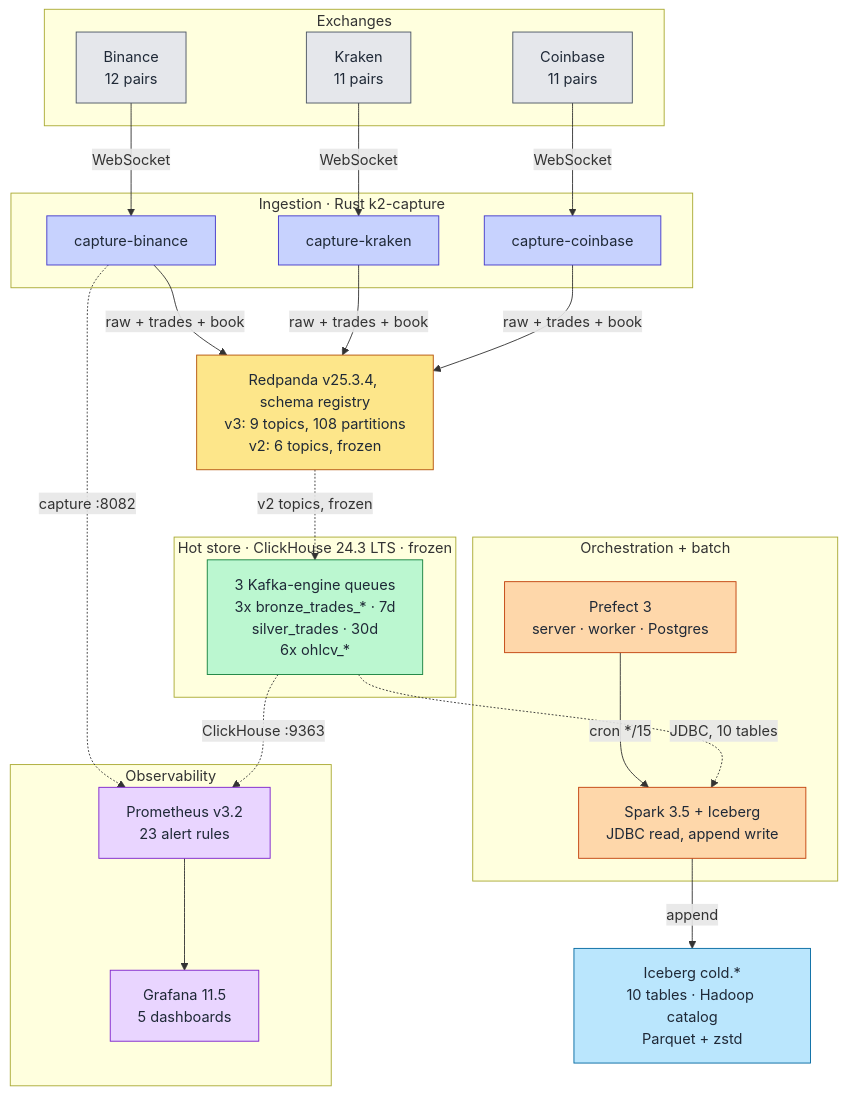
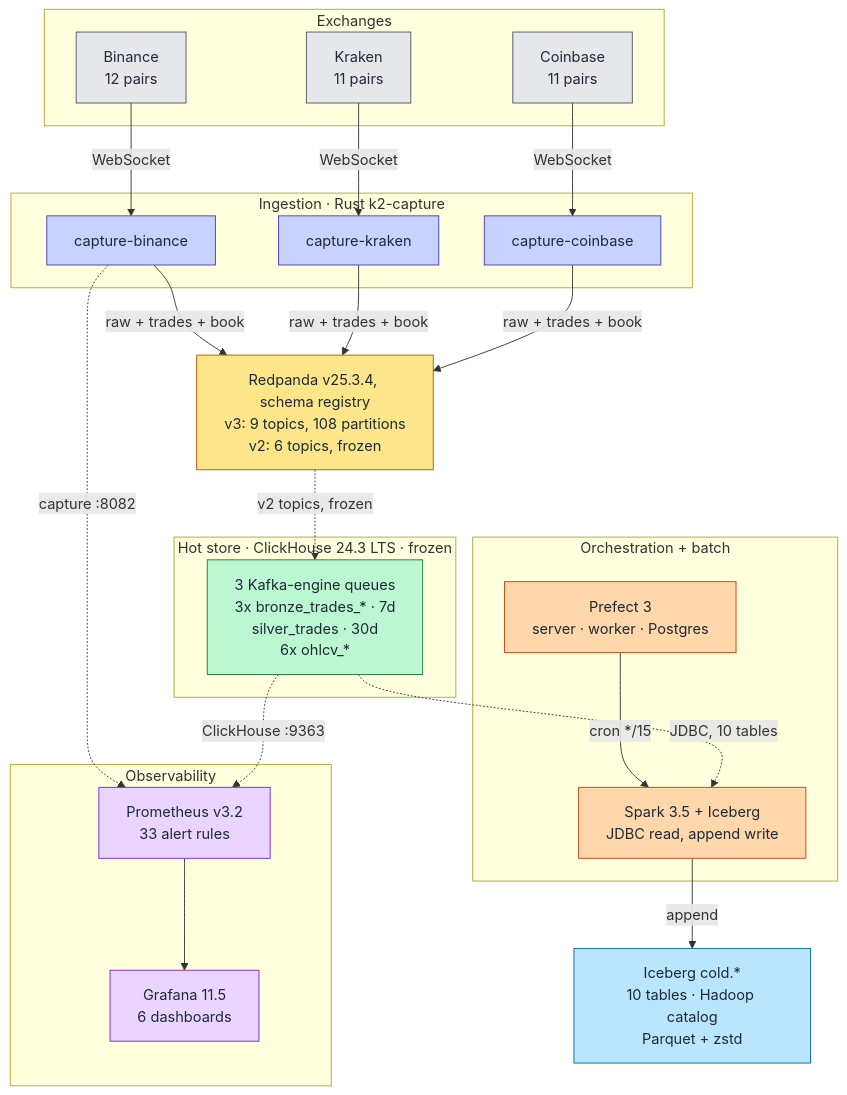
One commit to rjdscott/k2-market-data-platform changed the first of 5 diagrams in docs/architecture/README.md. Above: the diagram before and after it, drawn with Mermaid. The commit also changed other lines of this file and 5 other files, not shown here.

````diff
--- a/docs/architecture/README.md
+++ b/docs/architecture/README.md
@@ -13,62 +13,62 @@
 ```mermaid
 flowchart TB
     subgraph EX["Exchanges"]
         BIN["Binance<br/>12 pairs"]
         KRK["Kraken<br/>11 pairs"]
         CBS["Coinbase<br/>11 pairs"]
     end
 
     subgraph FH["Ingestion · Rust k2-capture"]
         FHB["capture-binance"]
         FHK["capture-kraken"]
         FHC["capture-coinbase"]
     end
 
     RP["Redpanda v25.3.4, schema registry<br/>v3: 9 topics, 108 partitions<br/>v2: 6 topics, frozen"]
 
     subgraph CH["Hot store · ClickHouse 24.3 LTS · frozen"]
         MED["3 Kafka-engine queues<br/>3x bronze_trades_* · 7d<br/>silver_trades · 30d<br/>6x ohlcv_*"]
     end
 
     subgraph BATCH["Orchestration + batch"]
         PF["Prefect 3<br/>server · worker · Postgres"]
         SP["Spark 3.5 + Iceberg<br/>JDBC read, append write"]
     end
 
     ICE["Iceberg cold.*<br/>10 tables · Hadoop catalog<br/>Parquet + zstd"]
 
     subgraph OBS["Observability"]
-        PR["Prometheus v3.2<br/>23 alert rules"]
-        GR["Grafana 11.5<br/>5 dashboards"]
+        PR["Prometheus v3.2<br/>33 alert rules"]
+        GR["Grafana 11.5<br/>6 dashboards"]
     end
 
     BIN -->|WebSocket| FHB
     KRK -->|WebSocket| FHK
     CBS -->|WebSocket| FHC
     FHB -->|"raw + trades + book"| RP
     FHK -->|"raw + trades + book"| RP
     FHC -->|"raw + trades + book"| RP
     RP -.->|"v2 topics, frozen"| MED
     PF -->|"cron */15"| SP
     MED -.->|"JDBC, 10 tables"| SP
     SP -->|append| ICE
     FHB -.->|"capture :8082"| PR
     MED -.->|"ClickHouse :9363"| PR
     PR --> GR
 
     classDef exchange fill:#e5e7eb,stroke:#4b5563,color:#1f2937
     classDef rust fill:#c7d2fe,stroke:#4338ca,color:#1f2937
     classDef stream fill:#fde68a,stroke:#b45309,color:#1f2937
     classDef ch fill:#bbf7d0,stroke:#15803d,color:#1f2937
     classDef batch fill:#fed7aa,stroke:#c2410c,color:#1f2937
     classDef storage fill:#bae6fd,stroke:#0369a1,color:#1f2937
     classDef obs fill:#e9d5ff,stroke:#7e22ce,color:#1f2937
 
     class BIN,KRK,CBS exchange
     class FHB,FHK,FHC rust
     class RP stream
     class MED ch
     class PF,SP batch
     class ICE storage
     class PR,GR obs
 ```
````
